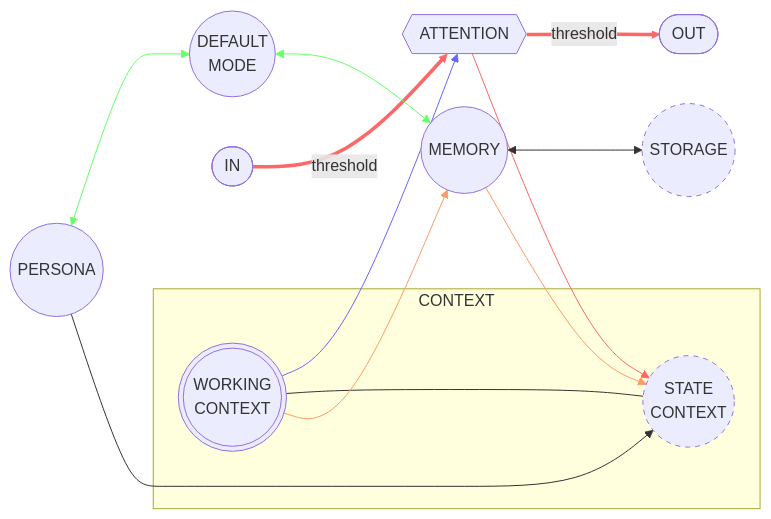
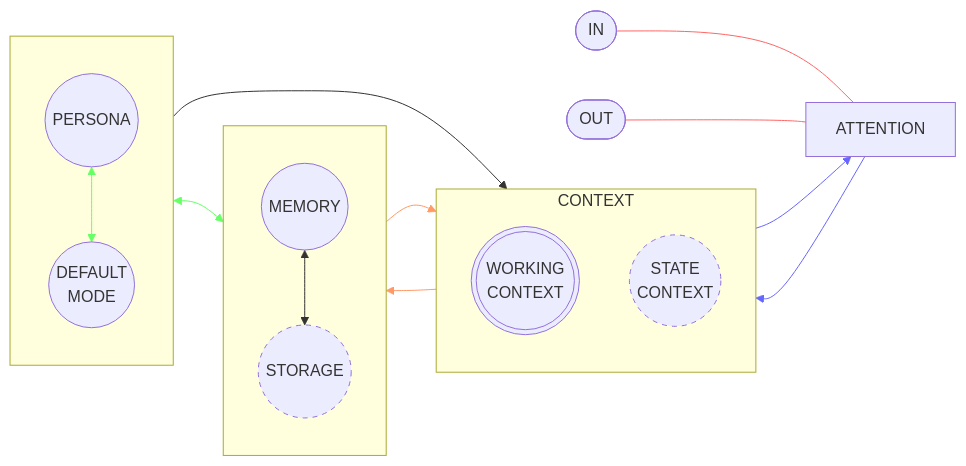
The first of 14 diagrams in README.md (EveryOneIsGross/scratchTHOUGHTS), drawn with Mermaid before and after one commit.

````diff
--- a/README.md
+++ b/README.md
@@ -4,56 +4,50 @@
 ```mermaid
 flowchart LR
-    IN([IN])
-    OUT([OUT])
-    ATTENTION{{ATTENTION}}
-    WORKING_CONTEXT((("WORKING\nCONTEXT")))
-    STATE_CONTEXT(("STATE\nCONTEXT"))
-    MEMORY((MEMORY))
-    STORAGE(("STORAGE"))
-    PERSONA((PERSONA))
-    DEFAULT_MODE((DEFAULT\nMODE))
+    IN([IN]) --- ATTENTION[ATTENTION]
+    OUT([OUT]) --- ATTENTION
     
-    %% Input/Output with threshold attention
-    IN ==>|threshold| ATTENTION
-    ATTENTION ==>|threshold| OUT
+    subgraph CTX[CONTEXT]
+        direction TB
+        WORKING_CONTEXT((("WORKING\nCONTEXT")))
+        STATE_CONTEXT(("STATE\nCONTEXT"))
+    end
     
-    %% Attention to State Context for input
+    subgraph MEM[" "]
+        direction TB
+        MEMORY((MEMORY))
+        STORAGE(("STORAGE"))
+    end
+    
+    subgraph PERS[" "]
+        direction TB
+        PERSONA((PERSONA))
+        DEFAULT_MODE((DEFAULT\nMODE))
+    end
+    
+    %% Main flows
     ATTENTION --> STATE_CONTEXT
-    
-    %% Working Context to Attention (output only)
     WORKING_CONTEXT --> ATTENTION
     
-    %% Context hierarchy and relationships
-    WORKING_CONTEXT --- STATE_CONTEXT
-    
-    %% Memory and context interactions - Updated directionality
+    %% Memory flows
     WORKING_CONTEXT --> MEMORY
     MEMORY --> STATE_CONTEXT
-    
-    %% Storage system
     MEMORY <--> STORAGE
     
-    %% Persona and default mode recursion
+    %% Persona flows
     PERSONA <--> DEFAULT_MODE
-    
-    %% Default mode memory interaction
     DEFAULT_MODE <--> MEMORY
-    
-    %% Persona influencing state context
     PERSONA --> STATE_CONTEXT
     
+    %% Styling
     style STATE_CONTEXT stroke-dasharray: 5 5
     style STORAGE stroke-dasharray: 5 5
     
-    subgraph CONTEXT
-        WORKING_CONTEXT
-        STATE_CONTEXT
-    end
+    %% Layout
+    CTX ~~~ MEM ~~~ PERS
     
     %% Styling to emphasize relationships
-    linkStyle 0,1 stroke:#f66,stroke-width:2px %% Threshold connections
-    linkStyle 2 stroke:#f66,stroke-width:2px %% Attention to State Context
-    linkStyle 3 stroke:#66f,stroke-width:2px %% Working Context to Attention
-    linkStyle 8,9 stroke:#6f6,stroke-width:2px %% Recursion relationships
-    linkStyle 5,6 stroke:#f96,stroke-width:2px %% Memory-Context flows
+    linkStyle 0,1 stroke:#f66,stroke-width:2px %% IO connections
+    linkStyle 2,3 stroke:#66f,stroke-width:2px %% Attention flows
+    linkStyle 4,5 stroke:#f96,stroke-width:2px %% Memory-Context flows
+    linkStyle 7,8 stroke:#6f6,stroke-width:2px %% Recursion relationships
 ```
````
